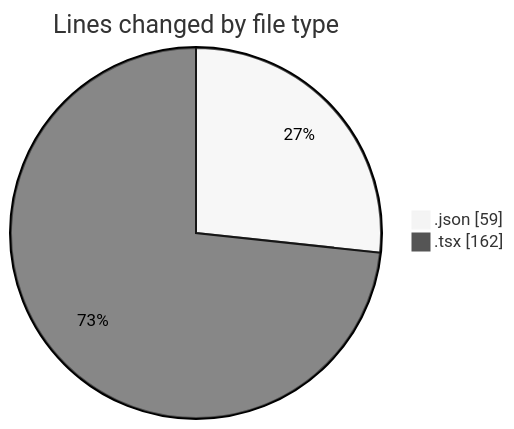
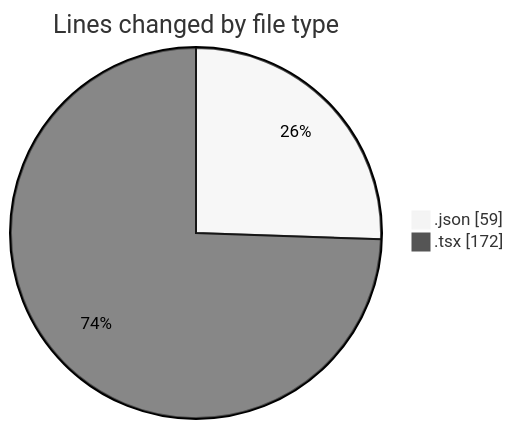
The first of 2 diagrams in 2025-11-19/cda/README.md (momahboobian/code-tracking), drawn with Mermaid (neutral theme) before and after one commit. The commit also changed other lines of this file and 1 other file, not shown here.

````diff
--- a/2025-11-19/cda/README.md
+++ b/2025-11-19/cda/README.md
@@ -21,6 +21,6 @@
 ```mermaid
 pie showData
 title Lines changed by file type
 ".json" : 59
-".tsx" : 162
+".tsx" : 172
 ```
````
